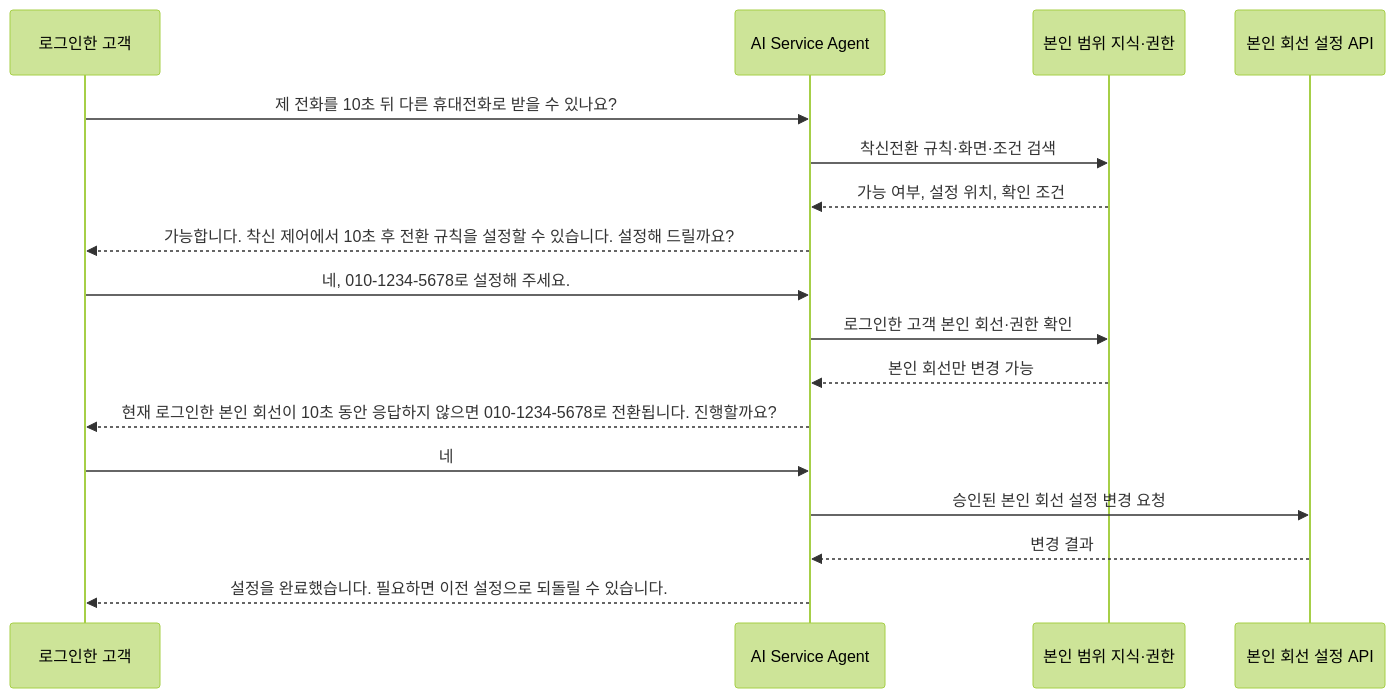
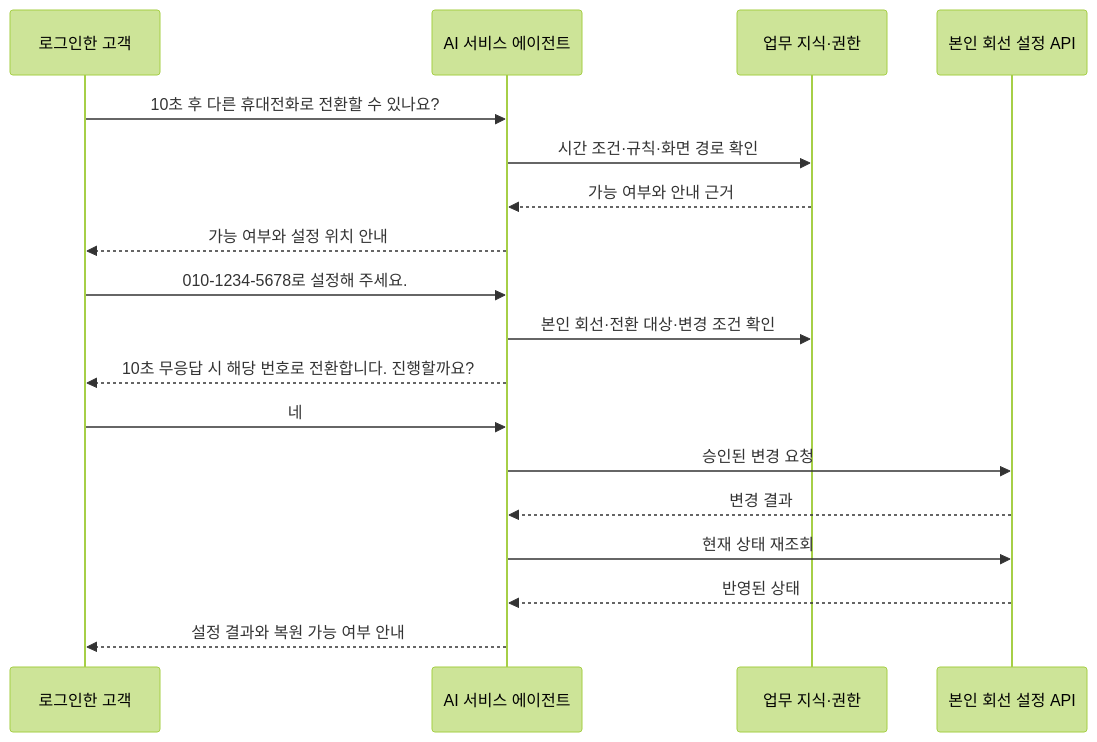
The fourth of 10 diagrams in docs/AI_SERVICE_AGENT_SERVICE_INTRODUCTION.md (hak023/sip_pbx), drawn with Mermaid (forest theme) before and after one commit. The commit also changed other lines of this file, not shown here.

Commit message:
docs: update AI service agent introduction

````diff
--- a/docs/AI_SERVICE_AGENT_SERVICE_INTRODUCTION.md
+++ b/docs/AI_SERVICE_AGENT_SERVICE_INTRODUCTION.md
@@ -61,20 +130,21 @@
 ```mermaid
 sequenceDiagram
     participant U as 로그인한 고객
-    participant A as AI Service Agent
-    participant K as 본인 범위 지식·권한
+    participant A as AI 서비스 에이전트
+    participant K as 업무 지식·권한
     participant X as 본인 회선 설정 API
 
-    U->>A: 제 전화를 10초 뒤 다른 휴대전화로 받을 수 있나요?
-    A->>K: 착신전환 규칙·화면·조건 검색
-    K-->>A: 가능 여부, 설정 위치, 확인 조건
-    A-->>U: 가능합니다. 착신 제어에서 10초 후 전환 규칙을 설정할 수 있습니다. 설정해 드릴까요?
-    U->>A: 네, 010-1234-5678로 설정해 주세요.
-    A->>K: 로그인한 고객 본인 회선·권한 확인
-    K-->>A: 본인 회선만 변경 가능
-    A-->>U: 현재 로그인한 본인 회선이 10초 동안 응답하지 않으면 010-1234-5678로 전환됩니다. 진행할까요?
+    U->>A: 10초 후 다른 휴대전화로 전환할 수 있나요?
+    A->>K: 시간 조건·규칙·화면 경로 확인
+    K-->>A: 가능 여부와 안내 근거
+    A-->>U: 가능 여부와 설정 위치 안내
+    U->>A: 010-1234-5678로 설정해 주세요.
+    A->>K: 본인 회선·전환 대상·변경 조건 확인
+    A-->>U: 10초 무응답 시 해당 번호로 전환합니다. 진행할까요?
     U->>A: 네
-    A->>X: 승인된 본인 회선 설정 변경 요청
+    A->>X: 승인된 변경 요청
     X-->>A: 변경 결과
-    A-->>U: 설정을 완료했습니다. 필요하면 이전 설정으로 되돌릴 수 있습니다.
+    A->>X: 현재 상태 재조회
+    X-->>A: 반영된 상태
+    A-->>U: 설정 결과와 복원 가능 여부 안내
 ```
````
